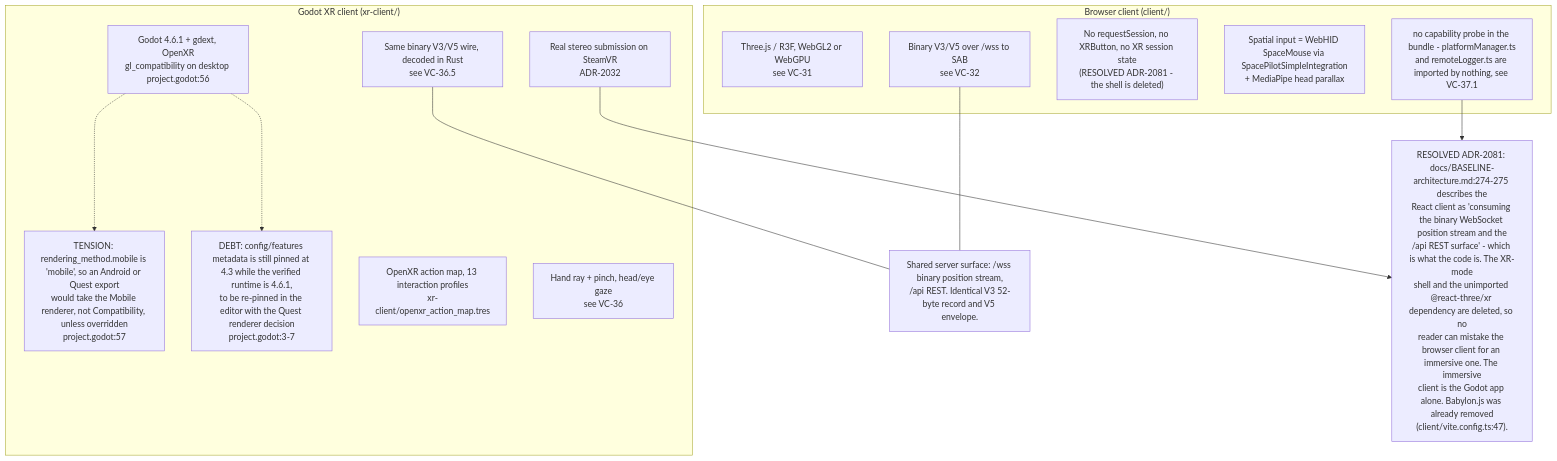
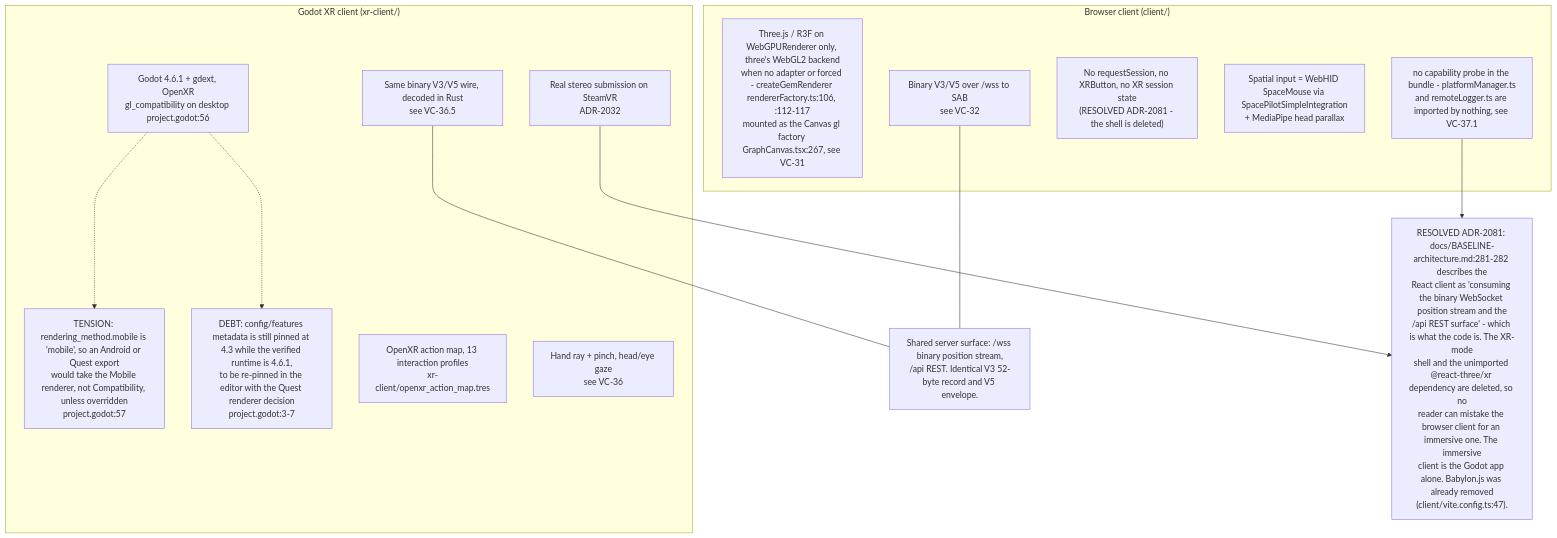
Before and after one commit to DreamLab-AI/VisionFlow: the eighth of 11 diagrams in docs/diagrams/visionclaw/37-browser-xr-and-desktop-input.md, drawn with Mermaid. The commit also changed other lines of this file and 46 other files, not shown here.

Commit message:
docs(diagrams): re-verify VisionClaw topics at 809a859aa/a950f4d80 after the consolidation pass

````diff
--- a/docs/diagrams/visionclaw/37-browser-xr-and-desktop-input.md
+++ b/docs/diagrams/visionclaw/37-browser-xr-and-desktop-input.md
@@ -383,26 +384,26 @@
 ```mermaid
 flowchart TB
     subgraph br["Browser client (client/)"]
-        B1["Three.js / R3F, WebGL2 or WebGPU<br/>see VC-31"]
+        B1["Three.js / R3F on WebGPURenderer only, three's WebGL2 backend<br/>when no adapter or forced - createGemRenderer rendererFactory.ts:106, :112-117<br/>mounted as the Canvas gl factory GraphCanvas.tsx:267, see VC-31"]
         B2["no capability probe in the bundle - platformManager.ts<br/>and remoteLogger.ts are imported by nothing, see VC-37.1"]
         B3["No requestSession, no XRButton, no XR session state<br/>(RESOLVED ADR-2081 - the shell is deleted)"]
         B4["Spatial input = WebHID SpaceMouse via SpacePilotSimpleIntegration<br/>+ MediaPipe head parallax"]
         B5["Binary V3/V5 over /wss to SAB<br/>see VC-32"]
     end
     subgraph gd["Godot XR client (xr-client/)"]
         G1["Godot 4.6.1 + gdext, OpenXR<br/>gl_compatibility on desktop project.godot:56"]
         G1M["TENSION: rendering_method.mobile is 'mobile', so an Android or Quest export<br/>would take the Mobile renderer, not Compatibility, unless overridden<br/>project.godot:57"]
         G1D["DEBT: config/features metadata is still pinned at 4.3 while the verified runtime is 4.6.1,<br/>to be re-pinned in the editor with the Quest renderer decision<br/>project.godot:3-7"]
         G1 -.-> G1D
         G1 -.-> G1M
         G2["Real stereo submission on SteamVR<br/>ADR-2032"]
         G3["OpenXR action map, 13 interaction profiles<br/>xr-client/openxr_action_map.tres"]
         G4["Hand ray + pinch, head/eye gaze<br/>see VC-36"]
         G5["Same binary V3/V5 wire, decoded in Rust<br/>see VC-36.5"]
     end
     B5 --- SHARED["Shared server surface: /wss binary position stream,<br/>/api REST. Identical V3 52-byte record and V5 envelope."]
     G5 --- SHARED
     B2 --> DIV
     G2 --> DIV
-    DIV["RESOLVED ADR-2081: docs/BASELINE-architecture.md:274-275 describes the<br/>React client as 'consuming the binary WebSocket position stream and the<br/>/api REST surface' - which is what the code is. The XR-mode<br/>shell and the unimported @react-three/xr dependency are deleted, so no<br/>reader can mistake the browser client for an immersive one. The immersive<br/>client is the Godot app alone. Babylon.js was already removed<br/>(client/vite.config.ts:47)."]
+    DIV["RESOLVED ADR-2081: docs/BASELINE-architecture.md:281-282 describes the<br/>React client as 'consuming the binary WebSocket position stream and the<br/>/api REST surface' - which is what the code is. The XR-mode<br/>shell and the unimported @react-three/xr dependency are deleted, so no<br/>reader can mistake the browser client for an immersive one. The immersive<br/>client is the Godot app alone. Babylon.js was already removed<br/>(client/vite.config.ts:47)."]
 ```
````
